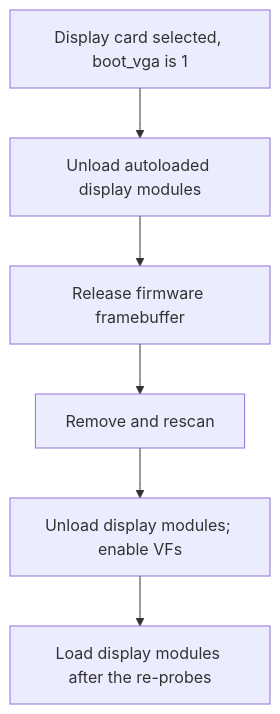
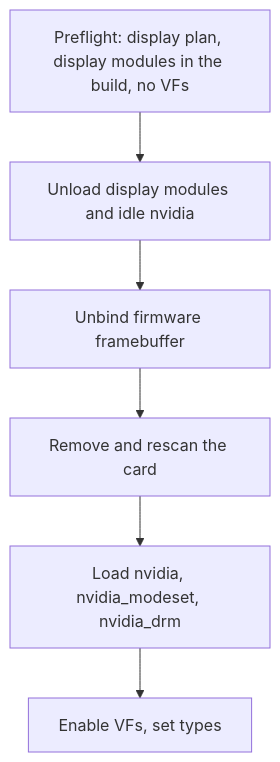
The fifth of 6 diagrams in docs/technical-reference.md (noon-at-cgn/geforce-sriov), drawn with Mermaid before and after one commit. The commit also changed other lines of this file and 86 other files, not shown here.

````diff
--- a/docs/technical-reference.md
+++ b/docs/technical-reference.md
@@ -820,8 +530,8 @@
 ```mermaid
 flowchart TD
-    S["Display card selected, boot_vga is 1"] --> U["Unload autoloaded display modules"]
-    U --> H["Release firmware framebuffer"]
-    H --> R["Remove and rescan"]
-    R --> X["Unload display modules; enable VFs"]
-    X --> L["Load display modules after the re-probes"]
+    P["Preflight: display plan, display modules in the build, no VFs"] --> U["Unload display modules and idle nvidia"]
+    U --> F["Unbind firmware framebuffer"]
+    F --> R["Remove and rescan the card"]
+    R --> D["Load nvidia, nvidia_modeset, nvidia_drm"]
+    D --> V["Enable VFs, set types"]
 ```
````
